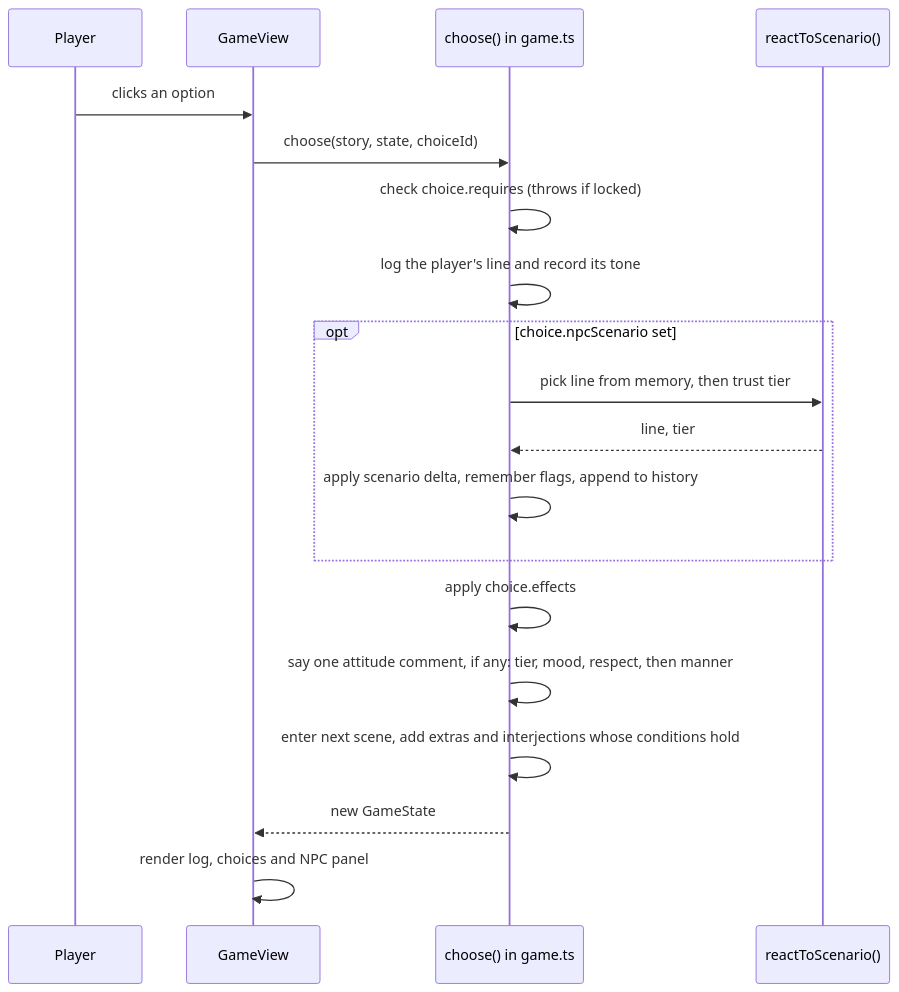
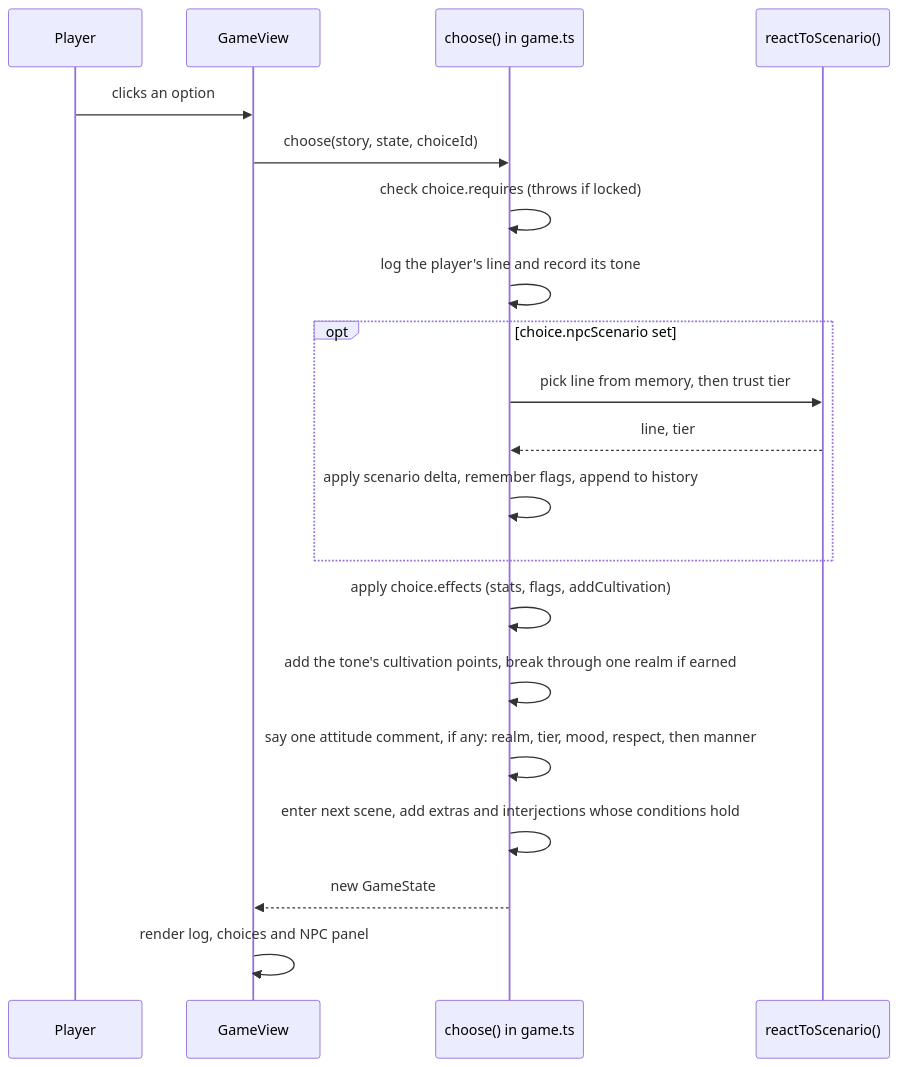
Before and after one commit to jgyy/nextxian: the second of 19 diagrams in docs/ARCHITECTURE.md, drawn with Mermaid. The commit also changed other lines of this file and 28 other files, not shown here.

First line of the commit message:
Add 1,000 side-road scenes, cultivation realms from Mortal up, and a realm-aware Elder (#7)

````diff
--- a/docs/ARCHITECTURE.md
+++ b/docs/ARCHITECTURE.md
@@ -44,21 +48,22 @@
 ```mermaid
 sequenceDiagram
   participant P as Player
   participant UI as GameView
   participant E as choose() in game.ts
   participant N as reactToScenario()
   P->>UI: clicks an option
   UI->>E: choose(story, state, choiceId)
   E->>E: check choice.requires (throws if locked)
   E->>E: log the player's line and record its tone
   opt choice.npcScenario set
     E->>N: pick line from memory, then trust tier
     N-->>E: line, tier
     E->>E: apply scenario delta, remember flags, append to history
   end
-  E->>E: apply choice.effects
-  E->>E: say one attitude comment, if any: tier, mood, respect, then manner
+  E->>E: apply choice.effects (stats, flags, addCultivation)
+  E->>E: add the tone's cultivation points, break through one realm if earned
+  E->>E: say one attitude comment, if any: realm, tier, mood, respect, then manner
   E->>E: enter next scene, add extras and interjections whose conditions hold
   E-->>UI: new GameState
   UI->>UI: render log, choices and NPC panel
 ```
````
